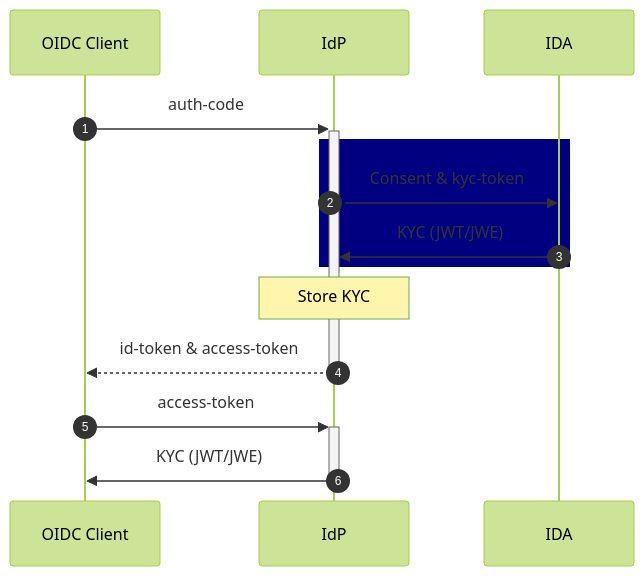
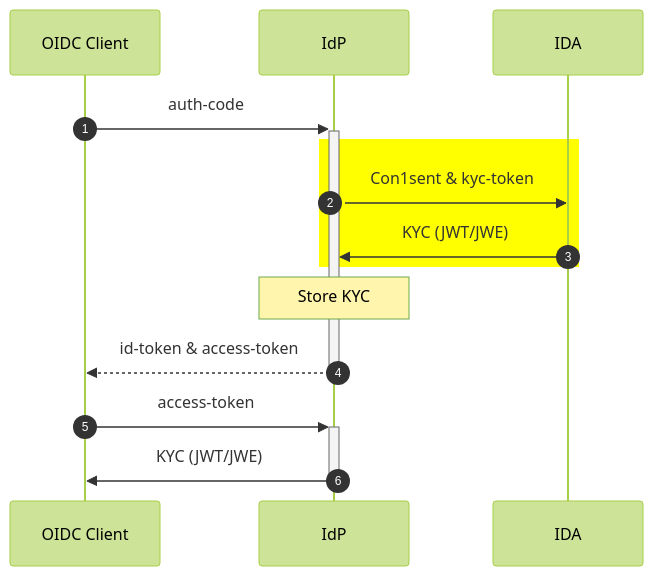
Before and after one commit to mosip/documentation: the second of 2 diagrams in docs/integration-guides/authentication-system-integration.md, drawn with Mermaid (forest theme). The commit also changed other lines of this file, not shown here.

Commit message:
GitBook: [#32] No subject

````diff
--- a/docs/integration-guides/authentication-system-integration.md
+++ b/docs/integration-guides/authentication-system-integration.md
@@ -27,13 +27,13 @@
 ```mermaid
 sequenceDiagram
     autonumber
     OIDC Client->>+IdP: auth-code
-    rect rgb(0,0,128)
-    IdP->>IDA: Consent & kyc-token
+    rect yellow
+    IdP->>IDA: Con1sent & kyc-token
     IDA->>IdP: KYC (JWT/JWE)
     end
     Note over IdP: Store KYC
     IdP-->>-OIDC Client: id-token & access-token
     OIDC Client->>+IdP: access-token
     IdP->>-OIDC Client: KYC (JWT/JWE)
 ```
````
